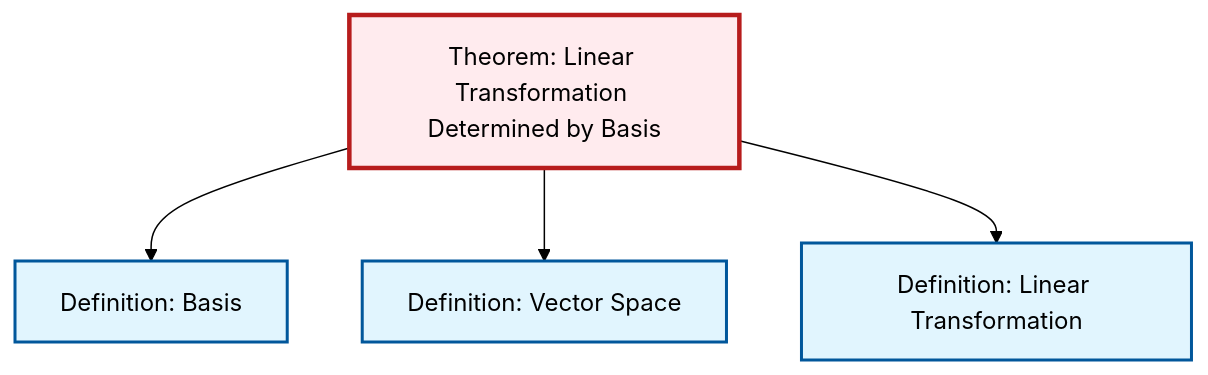
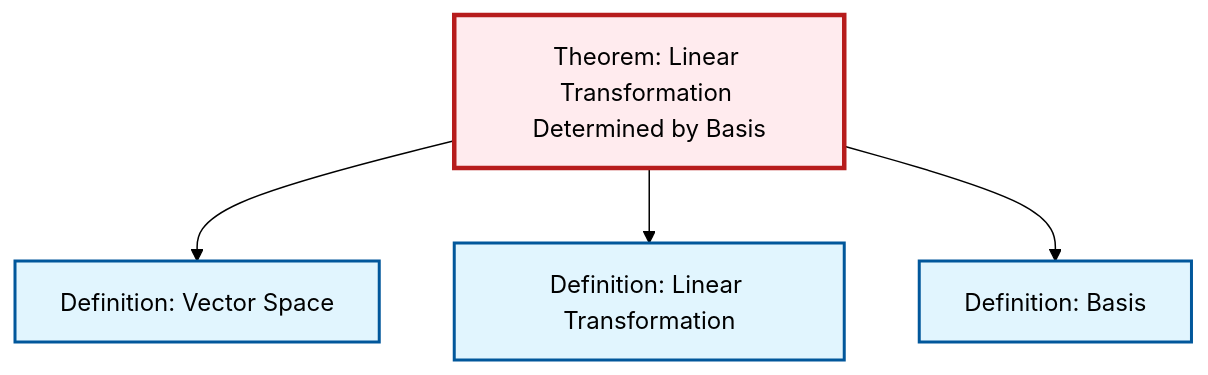
Before and after one commit to RK0429/ModernMath: the diagram in content/ja/algebra/thm-linear-transformation-basis.qmd, drawn with Mermaid (forest theme). The commit also changed other lines of this file and 615 other files, not shown here.

````diff
--- a/content/ja/algebra/thm-linear-transformation-basis.qmd
+++ b/content/ja/algebra/thm-linear-transformation-basis.qmd
@@ -48,20 +48,20 @@
 ```{mermaid}
 %%| fig-cap: "Local dependency graph"
 graph TD
     classDef definition fill:#e1f5fe,stroke:#01579b,stroke-width:2px
     classDef theorem fill:#f3e5f5,stroke:#4a148c,stroke-width:2px
     classDef axiom fill:#fff3e0,stroke:#e65100,stroke-width:2px
     classDef example fill:#e8f5e9,stroke:#1b5e20,stroke-width:2px
     classDef current fill:#ffebee,stroke:#b71c1c,stroke-width:3px
+    def-linear-transformation["Definition: Linear Transformation"]:::definition
+    def-basis["Definition: Basis"]:::definition
+    def-vector-space["Definition: Vector Space"]:::definition
     thm-linear-transformation-basis["Theorem: Linear Transformation Determined by Basis"]:::theorem
-    def-vector-space["Definition: Vector Space"]:::definition
-    def-basis["Definition: Basis"]:::definition
-    def-linear-transformation["Definition: Linear Transformation"]:::definition
-    thm-linear-transformation-basis --> def-basis
     thm-linear-transformation-basis --> def-vector-space
     thm-linear-transformation-basis --> def-linear-transformation
+    thm-linear-transformation-basis --> def-basis
     class thm-linear-transformation-basis current
+    click def-linear-transformation "def-linear-transformation.html" "Definition: Linear Transformationへ"
+    click def-basis "def-basis.html" "Definition: Basisへ"
     click def-vector-space "def-vector-space.html" "Definition: Vector Spaceへ"
-    click def-basis "def-basis.html" "Definition: Basisへ"
-    click def-linear-transformation "def-linear-transformation.html" "Definition: Linear Transformationへ"
 ```
````
